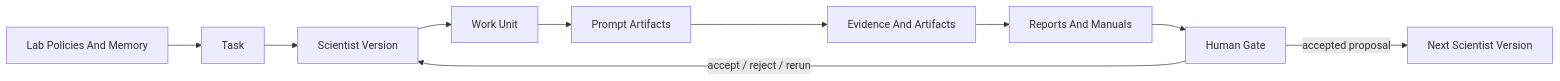
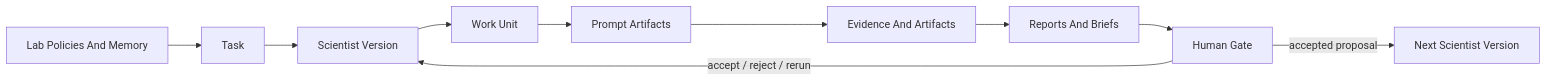
One commit to sungsoo-ahn/ai-lab changed the first of 2 diagrams in docs/system/architecture.md. Above: the diagram before and after it, drawn with Mermaid. The commit also changed other lines of this file and 40 other files, not shown here.

````diff
--- a/docs/system/architecture.md
+++ b/docs/system/architecture.md
@@ -7,12 +7,12 @@
 ```mermaid
 flowchart LR
   L[Lab Policies And Memory] --> T[Task]
   T --> S[Scientist Version]
   S --> W[Work Unit]
   W --> P[Prompt Artifacts]
   P --> E[Evidence And Artifacts]
-  E --> R[Reports And Manuals]
+  E --> R[Reports And Briefs]
   R --> G[Human Gate]
   G -->|accept / reject / rerun| S
   G -->|accepted proposal| N[Next Scientist Version]
 ```
````
